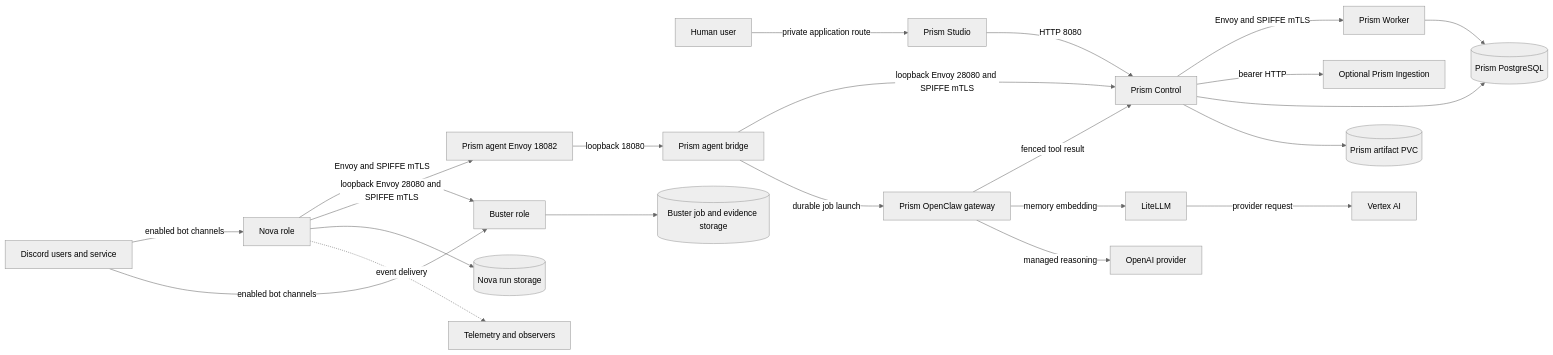
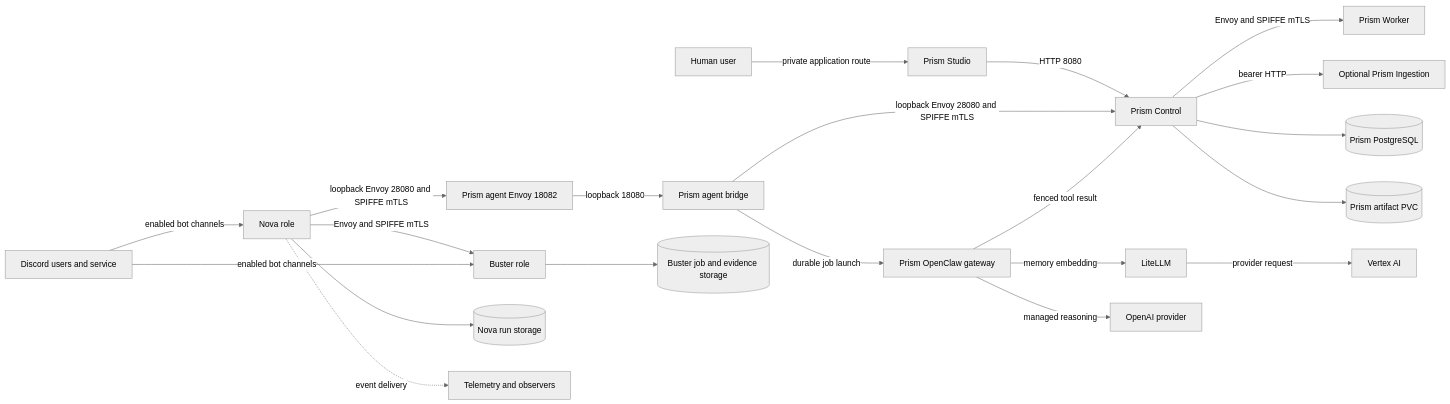
One commit to datrab/kubeclaw changed the first of 2 diagrams in docs/site/understand/deployment-and-trust.md. Above: the diagram before and after it, drawn with Mermaid (neutral theme). The commit also changed other lines of this file and 5 other files, not shown here.

Commit message:
docs: correct four diagram configuration and authority boundaries

````diff
--- a/docs/site/understand/deployment-and-trust.md
+++ b/docs/site/understand/deployment-and-trust.md
@@ -26,24 +26,23 @@
 ```mermaid
 flowchart LR
     User[Human user] -->|private application route| Studio[Prism Studio]
     Studio -->|HTTP 8080| Control[Prism Control]
     Nova[Nova role] -->|Envoy and SPIFFE mTLS| Buster[Buster role]
     Nova -->|loopback Envoy 28080 and SPIFFE mTLS| AgentProxy[Prism agent Envoy 18082]
     AgentProxy -->|loopback 18080| Bridge[Prism agent bridge]
     Bridge -->|loopback Envoy 28080 and SPIFFE mTLS| Control
     Bridge -->|durable job launch| OpenClaw[Prism OpenClaw gateway]
     OpenClaw -->|fenced tool result| Control
     OpenClaw -->|memory embedding| LiteLLM[LiteLLM]
     LiteLLM -->|provider request| Vertex[Vertex AI]
     OpenClaw -->|managed reasoning| OpenAI[OpenAI provider]
     Control -->|Envoy and SPIFFE mTLS| PWorker[Prism Worker]
     Control -->|bearer HTTP| Ingestion[Optional Prism Ingestion]
     Control --> DB[(Prism PostgreSQL)]
-    PWorker --> DB
     Control --> Artifacts[(Prism artifact PVC)]
     Nova --> RunStore[(Nova run storage)]
     Buster --> BStore[(Buster job and evidence storage)]
     Discord[Discord users and service] -->|enabled bot channels| Nova
     Discord -->|enabled bot channels| Buster
     Nova -. event delivery .-> Telemetry[Telemetry and observers]
 ```
````
